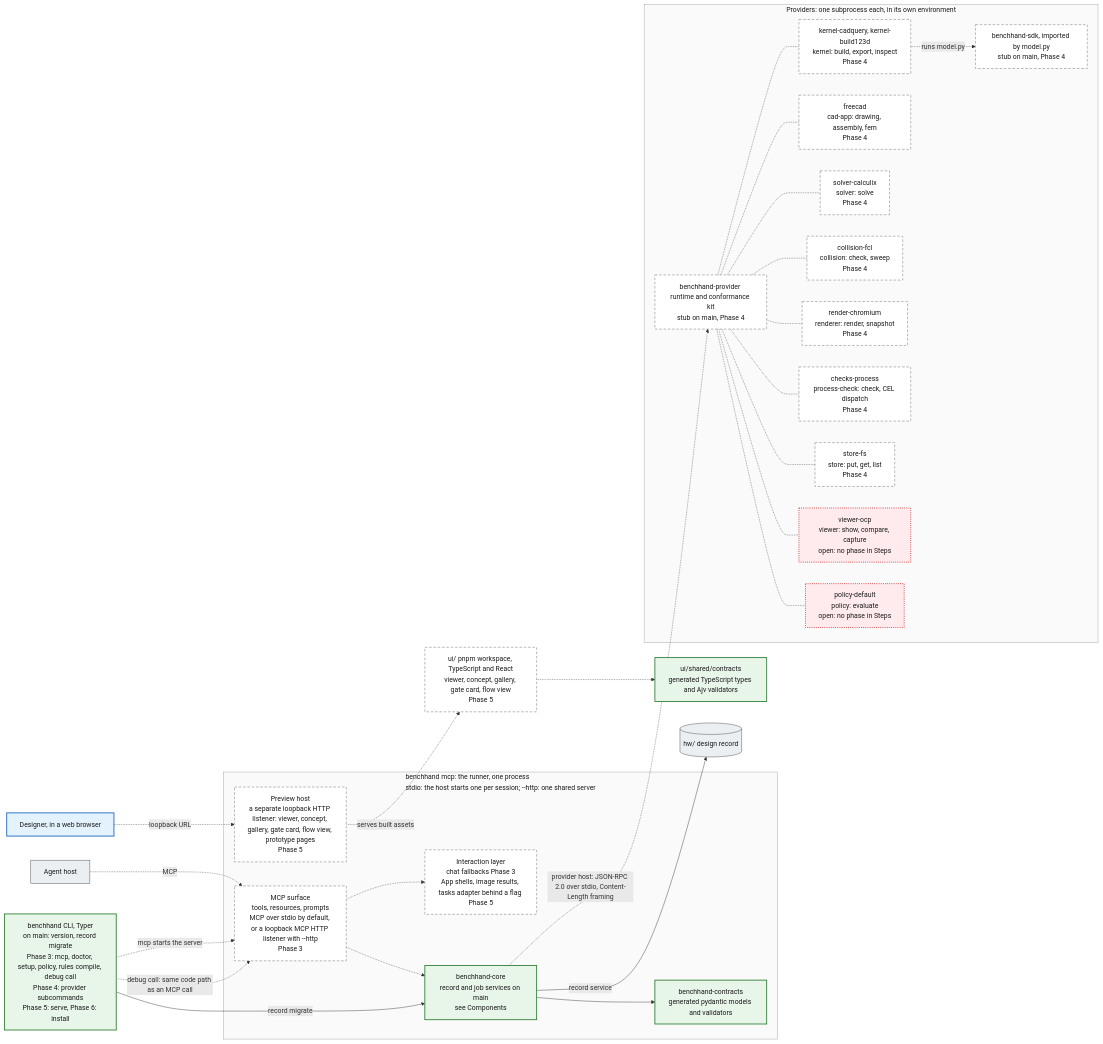
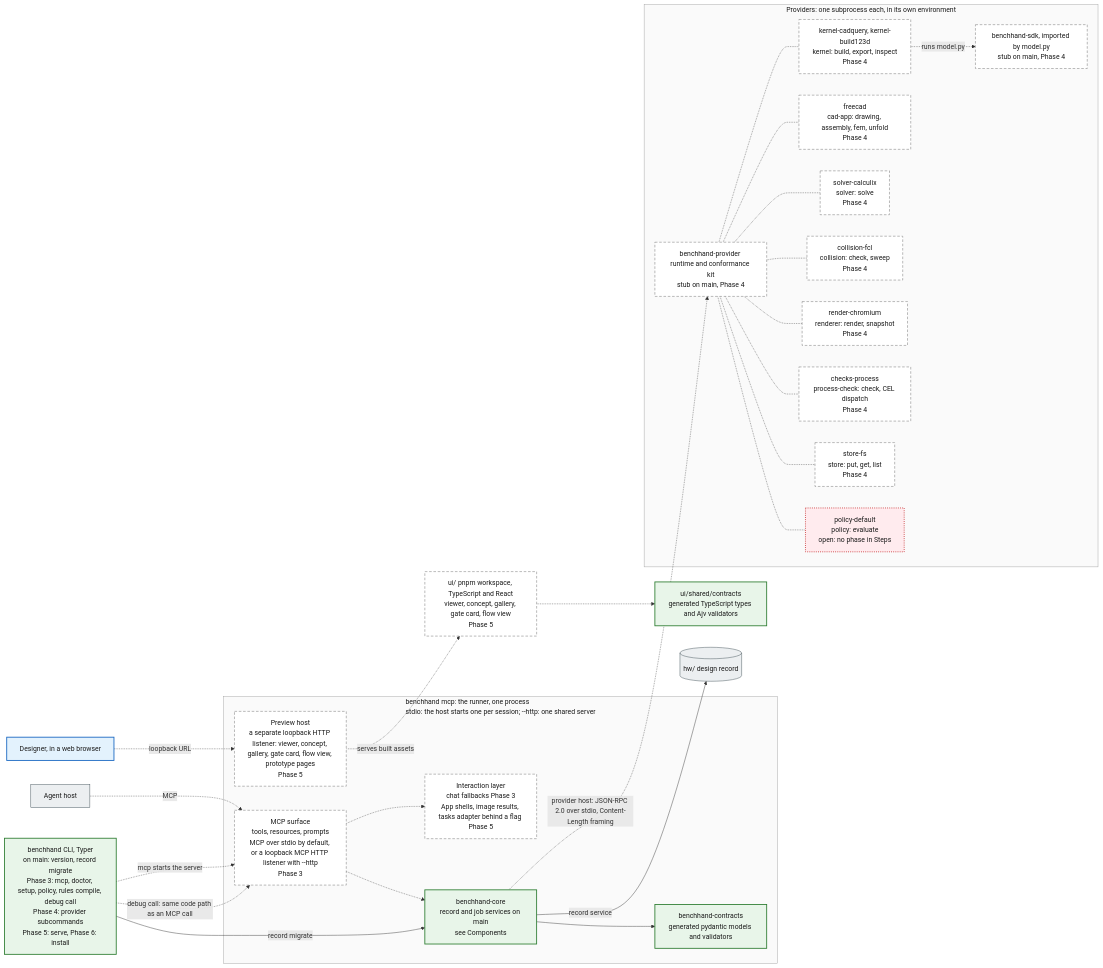
Before and after one commit to benchhand/benchhand-next: the first of 3 diagrams in docs/architecture/containers.md, drawn with Mermaid. The commit also changed other lines of this file and 6 other files, not shown here.

First line of the commit message:
Plan: the CAD-libraries decisions; viewer-ocp leaves the plan

````diff
--- a/docs/architecture/containers.md
+++ b/docs/architecture/containers.md
@@ -8,58 +8,57 @@
 ```mermaid
 flowchart LR
   host["Agent host"]:::ext
   person["Designer, in a web browser"]:::person
 
   subgraph process["benchhand mcp: the runner, one process<br/>stdio: the host starts one per session; --http: one shared server"]
     surface["MCP surface<br/>tools, resources, prompts<br/>MCP over stdio by default, or a loopback MCP HTTP listener with --http<br/>Phase 3"]:::planned
     interaction["Interaction layer<br/>chat fallbacks Phase 3<br/>App shells, image results, tasks adapter behind a flag Phase 5"]:::planned
     preview["Preview host<br/>a separate loopback HTTP listener: viewer, concept, gallery, gate card, flow view, prototype pages<br/>Phase 5"]:::planned
     core["benchhand-core<br/>record and job services on main<br/>see Components"]:::impl
     contractsPkg["benchhand-contracts<br/>generated pydantic models and validators"]:::impl
   end
 
   cli["benchhand CLI, Typer<br/>on main: version, record migrate<br/>Phase 3: mcp, doctor, setup, policy, rules compile, debug call<br/>Phase 4: provider subcommands<br/>Phase 5: serve, Phase 6: install"]:::impl
 
   subgraph providers["Providers: one subprocess each, in its own environment"]
     providerRuntime["benchhand-provider runtime and conformance kit<br/>stub on main, Phase 4"]:::planned
     kernels["kernel-cadquery, kernel-build123d<br/>kernel: build, export, inspect<br/>Phase 4"]:::planned
     sdk["benchhand-sdk, imported by model.py<br/>stub on main, Phase 4"]:::planned
-    freecadProvider["freecad<br/>cad-app: drawing, assembly, fem<br/>Phase 4"]:::planned
+    freecadProvider["freecad<br/>cad-app: drawing, assembly, fem, unfold<br/>Phase 4"]:::planned
     solver["solver-calculix<br/>solver: solve<br/>Phase 4"]:::planned
     collision["collision-fcl<br/>collision: check, sweep<br/>Phase 4"]:::planned
     renderer["render-chromium<br/>renderer: render, snapshot<br/>Phase 4"]:::planned
     checks["checks-process<br/>process-check: check, CEL dispatch<br/>Phase 4"]:::planned
     store["store-fs<br/>store: put, get, list<br/>Phase 4"]:::planned
-    viewer["viewer-ocp<br/>viewer: show, compare, capture<br/>open: no phase in Steps"]:::open
     policy["policy-default<br/>policy: evaluate<br/>open: no phase in Steps"]:::open
   end
 
   ui["ui/ pnpm workspace, TypeScript and React<br/>viewer, concept, gallery, gate card, flow view<br/>Phase 5"]:::planned
   uiShared["ui/shared/contracts<br/>generated TypeScript types and Ajv validators"]:::impl
   hw[("hw/ design record")]:::ext
 
   host -.->|"MCP"| surface
   surface -.-> interaction
   surface -.-> core
   person -.->|"loopback URL"| preview
   preview -.->|"serves built assets"| ui
   ui -.-> uiShared
   cli -.->|"mcp starts the server"| surface
   cli -.->|"debug call: same code path as an MCP call"| surface
   cli -->|"record migrate"| core
   core --> contractsPkg
   core -->|"record service"| hw
   core -.->|"provider host: JSON-RPC 2.0 over stdio, Content-Length framing"| providerRuntime
-  providerRuntime -.- kernels & freecadProvider & solver & collision & renderer & checks & store & viewer & policy
+  providerRuntime -.- kernels & freecadProvider & solver & collision & renderer & checks & store & policy
   kernels -.->|"runs model.py"| sdk
 
   style process fill:#fafafa,stroke:#9e9e9e,color:#1b1b1b
   style providers fill:#fafafa,stroke:#9e9e9e,color:#1b1b1b
 
   classDef impl fill:#e8f5e9,stroke:#2e7d32,stroke-width:2px,color:#1b1b1b
   classDef review fill:#fff3e0,stroke:#e65100,stroke-width:2px,stroke-dasharray:6 4,color:#1b1b1b
   classDef planned fill:#ffffff,stroke:#616161,stroke-width:1px,stroke-dasharray:6 4,color:#1b1b1b
   classDef open fill:#ffebee,stroke:#c62828,stroke-width:2px,stroke-dasharray:2 3,color:#1b1b1b
   classDef ext fill:#eceff1,stroke:#37474f,stroke-width:1px,color:#1b1b1b
   classDef person fill:#e3f2fd,stroke:#1565c0,stroke-width:2px,color:#1b1b1b
 ```
````
